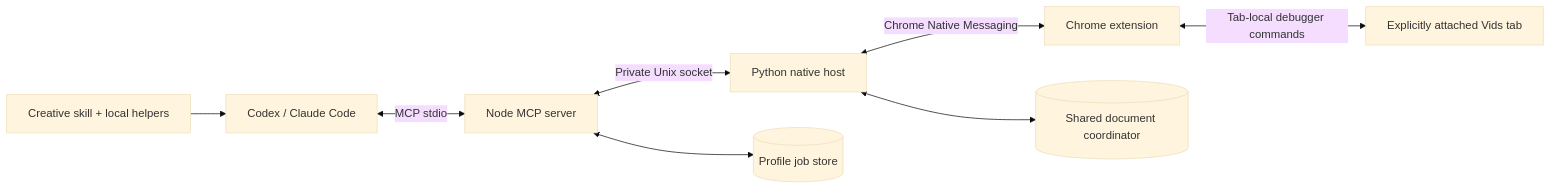
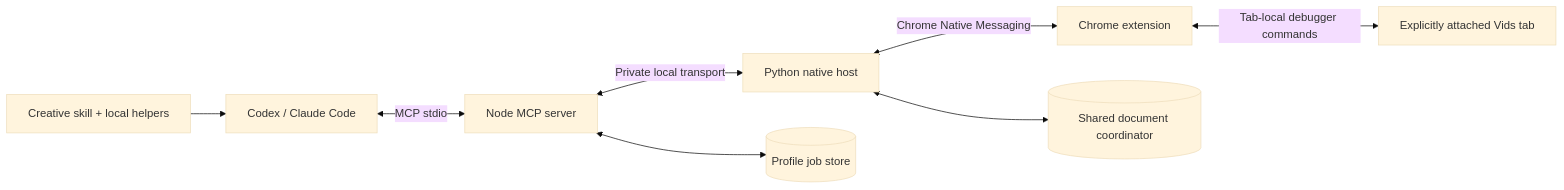
Before and after one commit to Shugar86/vids-studio: the diagram in docs/en/architecture.md, drawn with Mermaid (base theme). The commit also changed other lines of this file and 36 other files, not shown here.

````diff
--- a/docs/en/architecture.md
+++ b/docs/en/architecture.md
@@ -7,10 +7,10 @@
 ```mermaid
 flowchart LR
     A[Codex / Claude Code] <-->|MCP stdio| B[Node MCP server]
-    B <-->|Private Unix socket| C[Python native host]
+    B <-->|Private local transport| C[Python native host]
     C <-->|Chrome Native Messaging| D[Chrome extension]
     D <-->|Tab-local debugger commands| E[Explicitly attached Vids tab]
     C <--> F[(Shared document coordinator)]
     B <--> G[(Profile job store)]
     H[Creative skill + local helpers] --> A
 ```
````
